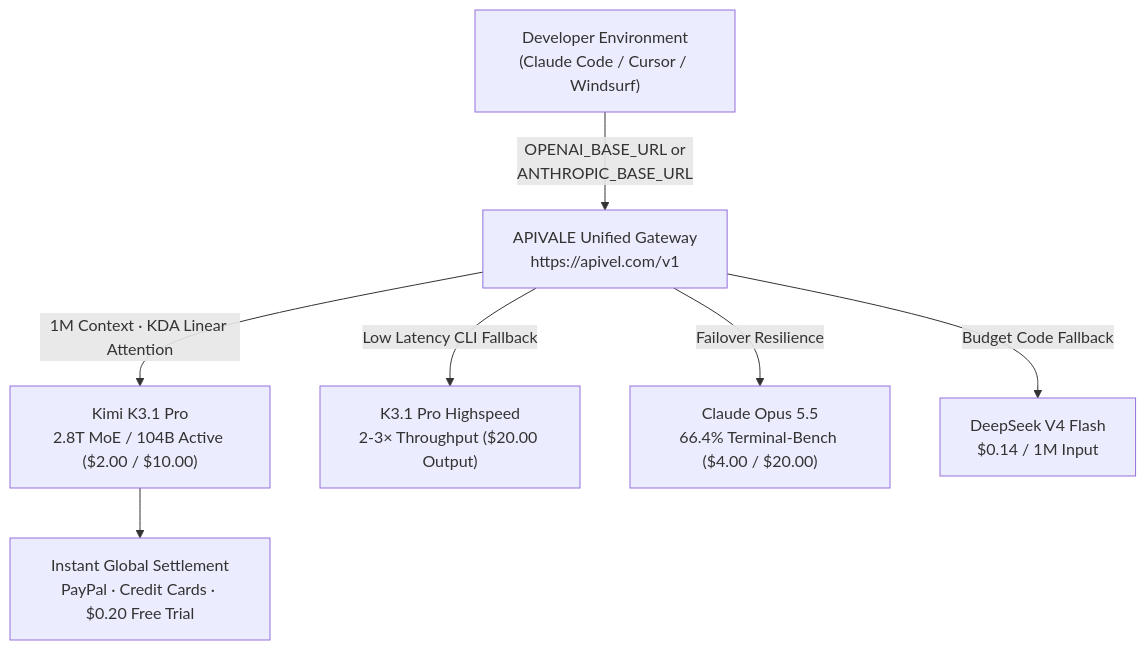
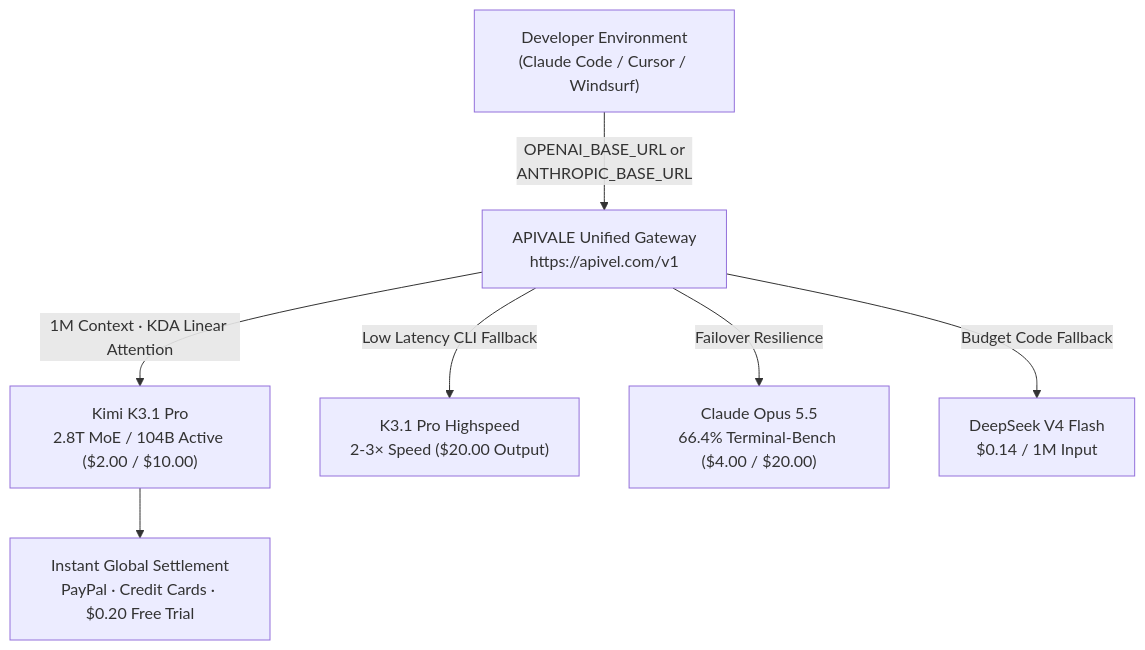
Before and after one commit to bshx2024/apivel_blog: the diagram in src/content/blog/kimi-k3-1-pro-pricing-benchmarks-api-access.md, drawn with Mermaid. The commit also changed other lines of this file, not shown here.

````diff
--- a/src/content/blog/kimi-k3-1-pro-pricing-benchmarks-api-access.md
+++ b/src/content/blog/kimi-k3-1-pro-pricing-benchmarks-api-access.md
@@ -43,9 +43,9 @@
 ```mermaid
 graph TD
     A["Developer Environment<br/>(Claude Code / Cursor / Windsurf)"] -->|"OPENAI_BASE_URL or<br/>ANTHROPIC_BASE_URL"| B["APIVALE Unified Gateway<br/>https://apivel.com/v1"]
     B -->|"1M Context · KDA Linear Attention"| C["Kimi K3.1 Pro<br/>2.8T MoE / 104B Active ($2.00 / $10.00)"]
-    B -->|"Low Latency CLI Fallback"| D["K3.1 Pro Highspeed<br/>2-3× Throughput ($20.00 Output)"]
+    B -->|"Low Latency CLI Fallback"| D["K3.1 Pro Highspeed<br/>2-3× Speed ($20.00 Output)"]
     B -->|"Failover Resilience"| E["Claude Opus 5.5<br/>66.4% Terminal-Bench ($4.00 / $20.00)"]
     B -->|"Budget Code Fallback"| F["DeepSeek V4 Flash<br/>$0.14 / 1M Input"]
     C --> G["Instant Global Settlement<br/>PayPal · Credit Cards · $0.20 Free Trial"]
 ```
````
